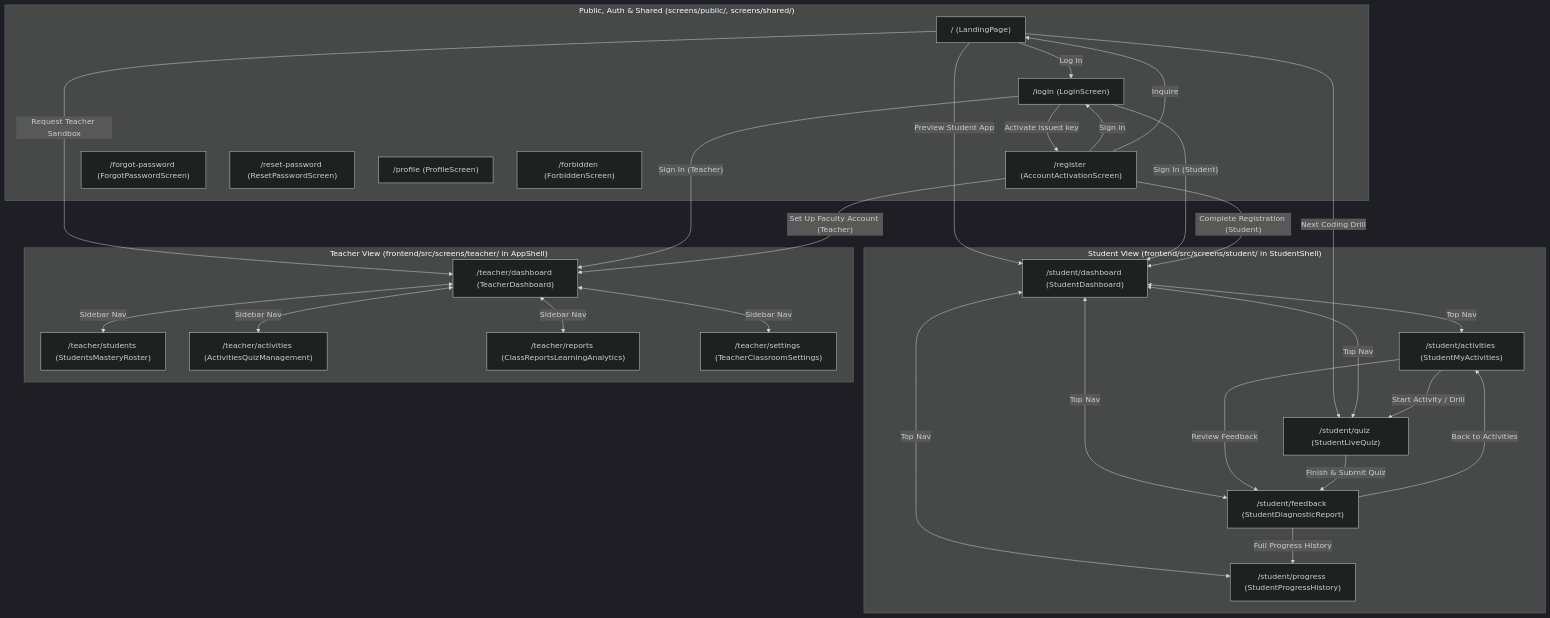
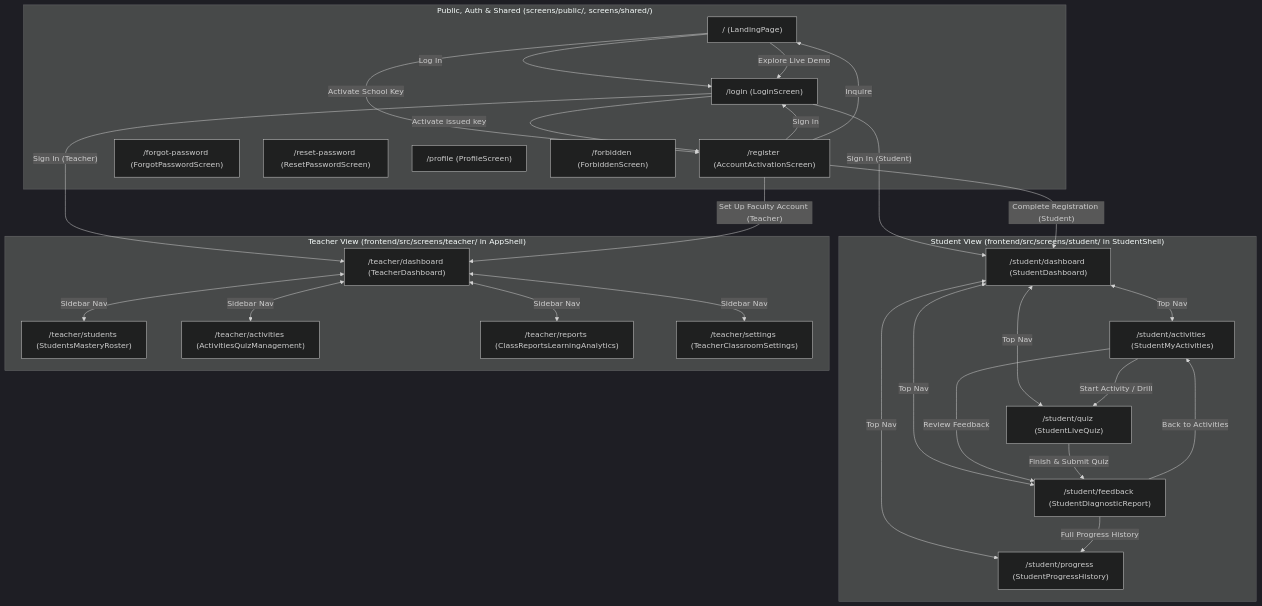
The diagram in docs/NAVIGATION.md (dassel-avg-dev/aralytics), drawn with Mermaid (dark theme) before and after one commit. The commit also changed other lines of this file and 8 other files, not shown here.

````diff
--- a/docs/NAVIGATION.md
+++ b/docs/NAVIGATION.md
@@ -9,51 +9,50 @@
 ```mermaid
 flowchart TD
     subgraph Public ["Public, Auth & Shared (screens/public/, screens/shared/)"]
         LP["/ (LandingPage)"]
         LG["/login (LoginScreen)"]
         RG["/register (AccountActivationScreen)"]
         FP["/forgot-password (ForgotPasswordScreen)"]
         RP["/reset-password (ResetPasswordScreen)"]
         PR["/profile (ProfileScreen)"]
         FB["/forbidden (ForbiddenScreen)"]
     end
 
     subgraph Student ["Student View (frontend/src/screens/student/ in StudentShell)"]
         SD["/student/dashboard (StudentDashboard)"]
         SA["/student/activities (StudentMyActivities)"]
         SQ["/student/quiz (StudentLiveQuiz)"]
         SF["/student/feedback (StudentDiagnosticReport)"]
         SP["/student/progress (StudentProgressHistory)"]
     end
 
     subgraph Teacher ["Teacher View (frontend/src/screens/teacher/ in AppShell)"]
         TD["/teacher/dashboard (TeacherDashboard)"]
         TS["/teacher/students (StudentsMasteryRoster)"]
         TA["/teacher/activities (ActivitiesQuizManagement)"]
         TR["/teacher/reports (ClassReportsLearningAnalytics)"]
         TC["/teacher/settings (TeacherClassroomSettings)"]
     end
 
     LP -->|"Log In"| LG
-    LP -->|"Preview Student App"| SD
-    LP -->|"Next Coding Drill"| SQ
-    LP -->|"Request Teacher Sandbox"| TD
+    LP -->|"Activate School Key"| RG
+    LP -->|"Explore Live Demo"| LG
 
     LG -->|"Activate issued key"| RG
     LG -->|"Sign In (Student)"| SD
     LG -->|"Sign In (Teacher)"| TD
 
     RG -->|"Sign in"| LG
     RG -->|"Inquire"| LP
     RG -->|"Complete Registration (Student)"| SD
     RG -->|"Set Up Faculty Account (Teacher)"| TD
 
     SD <-->|"Top Nav"| SA & SQ & SF & SP
     SA -->|"Start Activity / Drill"| SQ
     SA -->|"Review Feedback"| SF
     SQ -->|"Finish & Submit Quiz"| SF
     SF -->|"Full Progress History"| SP
     SF -->|"Back to Activities"| SA
 
     TD <-->|"Sidebar Nav"| TS & TA & TR & TC
 ```
````
